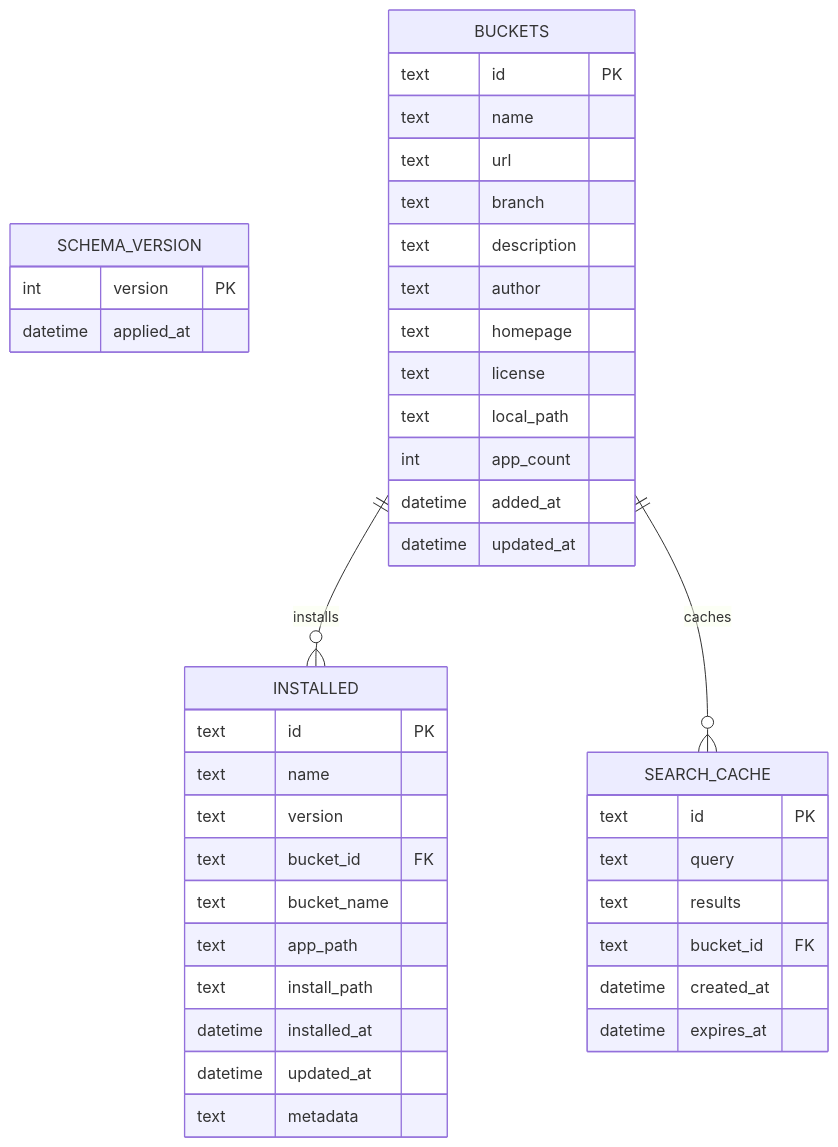
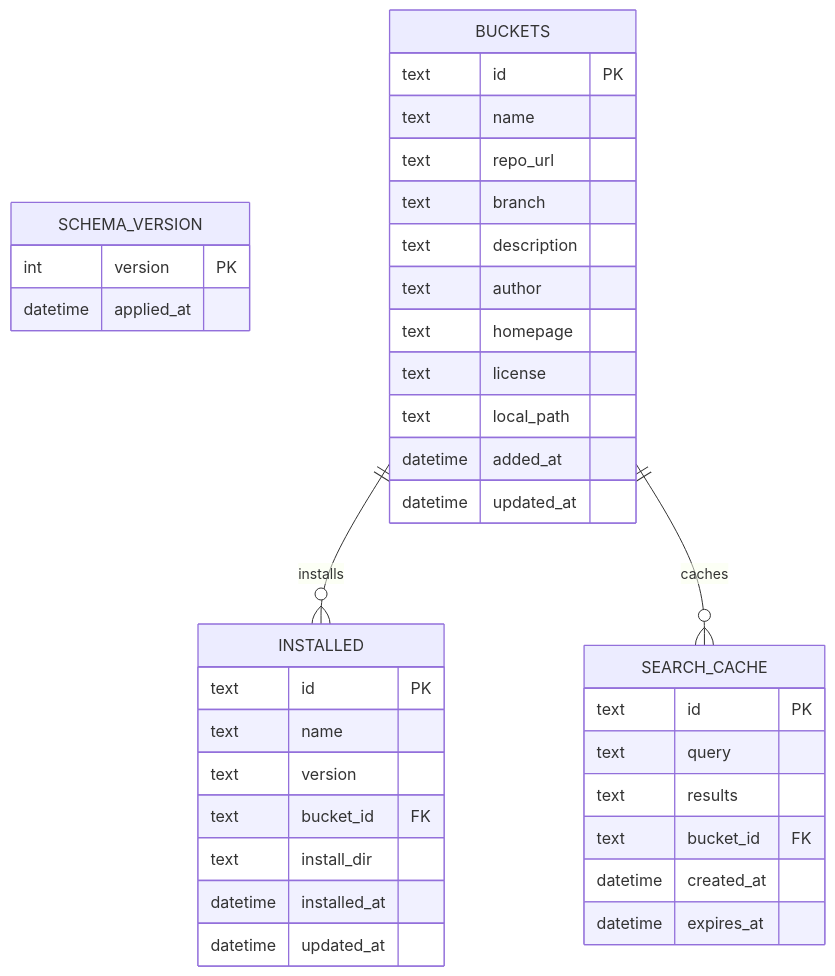
Before and after one commit to morning-start/chopsticks: the third of 5 diagrams in wiki/design/DATABASE.md, drawn with Mermaid. The commit also changed other lines of this file, not shown here.

First line of the commit message:
docs(database): 同步数据库 Schema 文档与实际实现

````diff
--- a/wiki/design/DATABASE.md
+++ b/wiki/design/DATABASE.md
@@ -562,47 +566,43 @@
 ```mermaid
 erDiagram
     SCHEMA_VERSION {
         int version PK
         datetime applied_at
     }
 
     BUCKETS {
         text id PK
         text name
-        text url
+        text repo_url
         text branch
         text description
         text author
         text homepage
         text license
         text local_path
-        int app_count
         datetime added_at
         datetime updated_at
     }
 
     INSTALLED {
         text id PK
         text name
         text version
         text bucket_id FK
-        text bucket_name
-        text app_path
-        text install_path
+        text install_dir
         datetime installed_at
         datetime updated_at
-        text metadata
     }
 
     SEARCH_CACHE {
         text id PK
         text query
         text results
         text bucket_id FK
         datetime created_at
         datetime expires_at
     }
 
     BUCKETS ||--o{ INSTALLED : installs
     BUCKETS ||--o{ SEARCH_CACHE : caches
 ```
````
